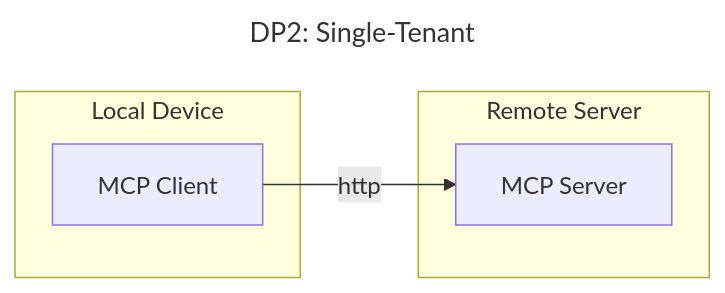
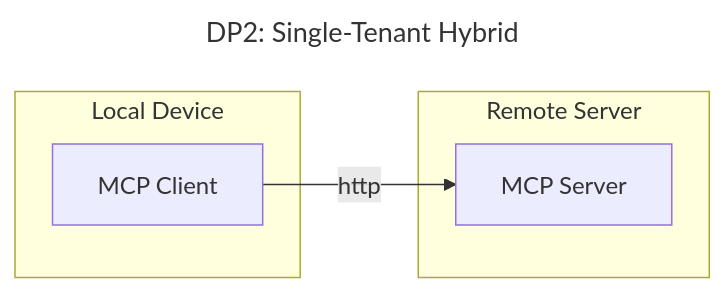
The third of 4 diagrams in whitepapers/model-context-protocol-security.md (cosai-oasis/ws4-secure-design-agentic-systems), drawn with Mermaid before and after one commit. The commit also changed other lines of this file, not shown here.

````diff
--- a/whitepapers/model-context-protocol-security.md
+++ b/whitepapers/model-context-protocol-security.md
@@ -738,13 +738,13 @@
 ```mermaid
 ---
-    title: "DP2: Single-Tenant"
+    title: "DP2: Single-Tenant Hybrid"
 ---
 graph LR
     subgraph Local["Local Device"]
         Client["MCP Client"]
     end
     subgraph Cloud["Remote Server"]
         Server["MCP Server"]
     end
 Client--http-->Server
 ```
````
